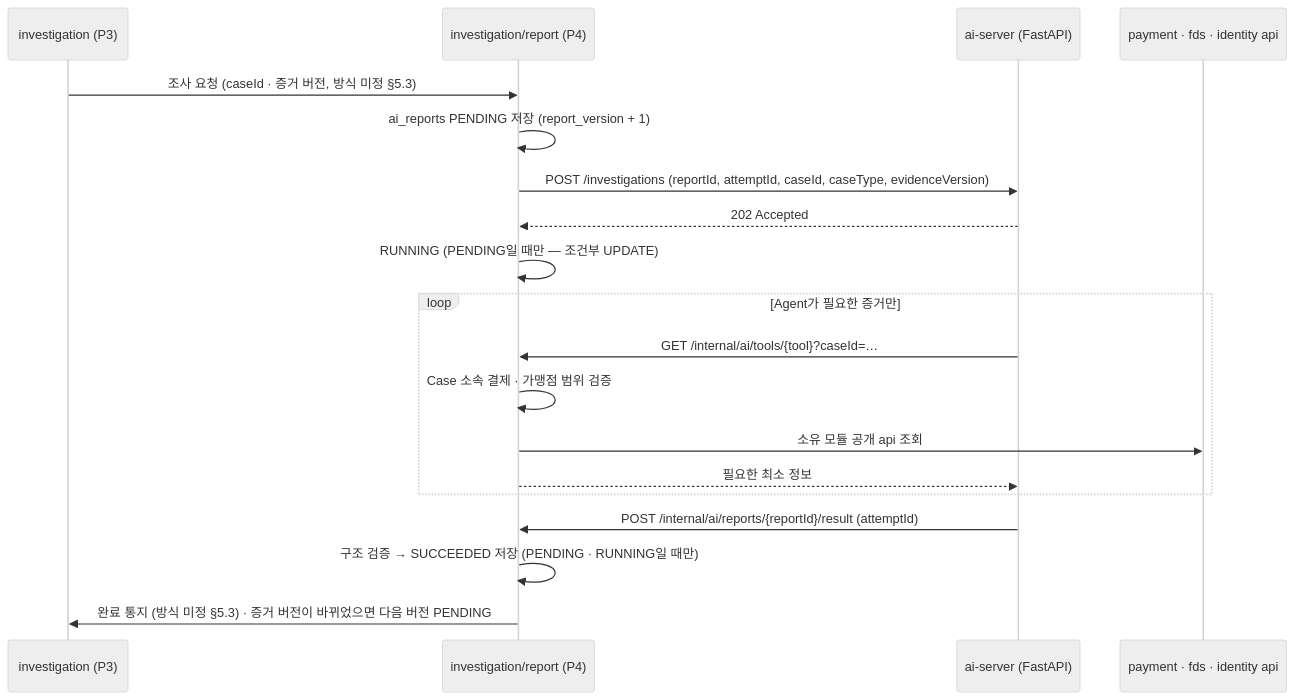
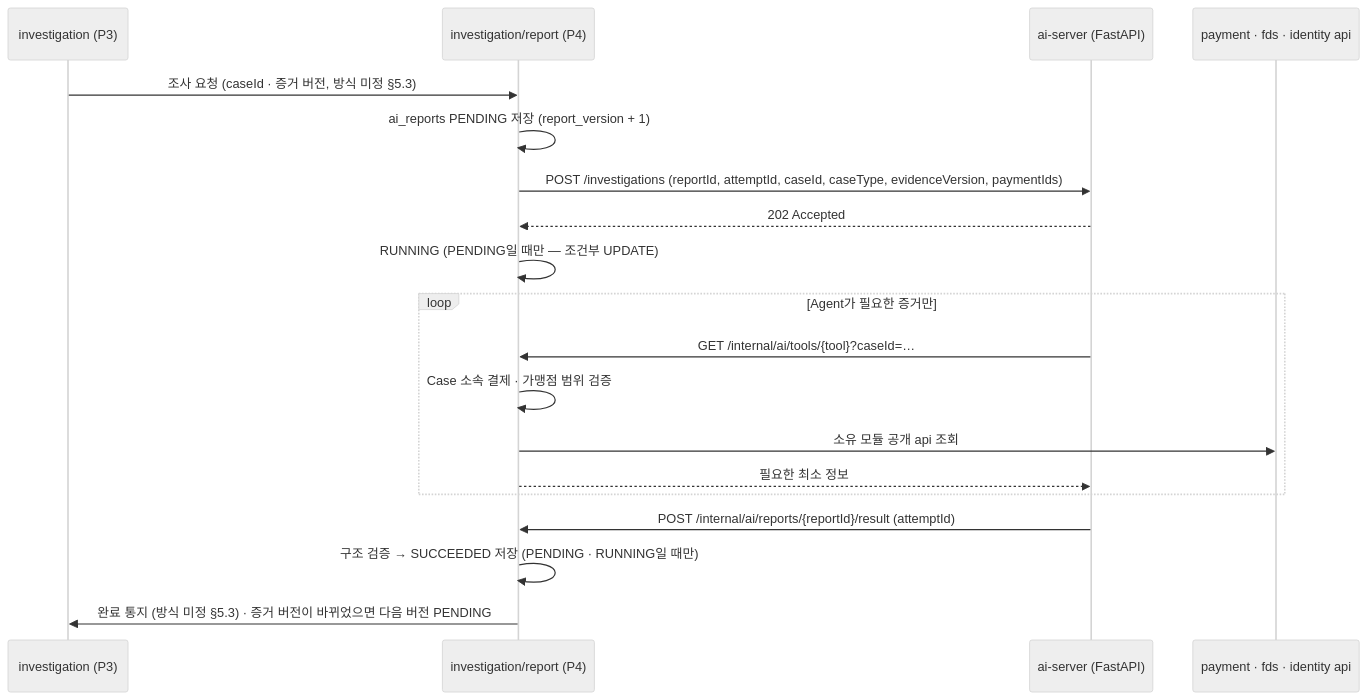
The diagram in docs/decisions/0009-ai-investigation-call-structure.md (HyunGyu-Cho/DonWorry), drawn with Mermaid (neutral theme) before and after one commit. The commit also changed other lines of this file and 13 other files, not shown here.

````diff
--- a/docs/decisions/0009-ai-investigation-call-structure.md
+++ b/docs/decisions/0009-ai-investigation-call-structure.md
@@ -25,22 +25,22 @@
 ```mermaid
 sequenceDiagram
     participant P3 as investigation (P3)
     participant R as investigation/report (P4)
     participant A as ai-server (FastAPI)
     participant O as payment · fds · identity api
 
     P3->>R: 조사 요청 (caseId · 증거 버전, 방식 미정 §5.3)
     R->>R: ai_reports PENDING 저장 (report_version + 1)
-    R->>A: POST /investigations (reportId, attemptId, caseId, caseType, evidenceVersion)
+    R->>A: POST /investigations (reportId, attemptId, caseId, caseType, evidenceVersion, paymentIds)
     A-->>R: 202 Accepted
     R->>R: RUNNING (PENDING일 때만 — 조건부 UPDATE)
     loop Agent가 필요한 증거만
         A->>R: GET /internal/ai/tools/{tool}?caseId=…
         R->>R: Case 소속 결제 · 가맹점 범위 검증
         R->>O: 소유 모듈 공개 api 조회
         R-->>A: 필요한 최소 정보
     end
     A->>R: POST /internal/ai/reports/{reportId}/result (attemptId)
     R->>R: 구조 검증 → SUCCEEDED 저장 (PENDING · RUNNING일 때만)
     R->>P3: 완료 통지 (방식 미정 §5.3) · 증거 버전이 바뀌었으면 다음 버전 PENDING
 ```
````
